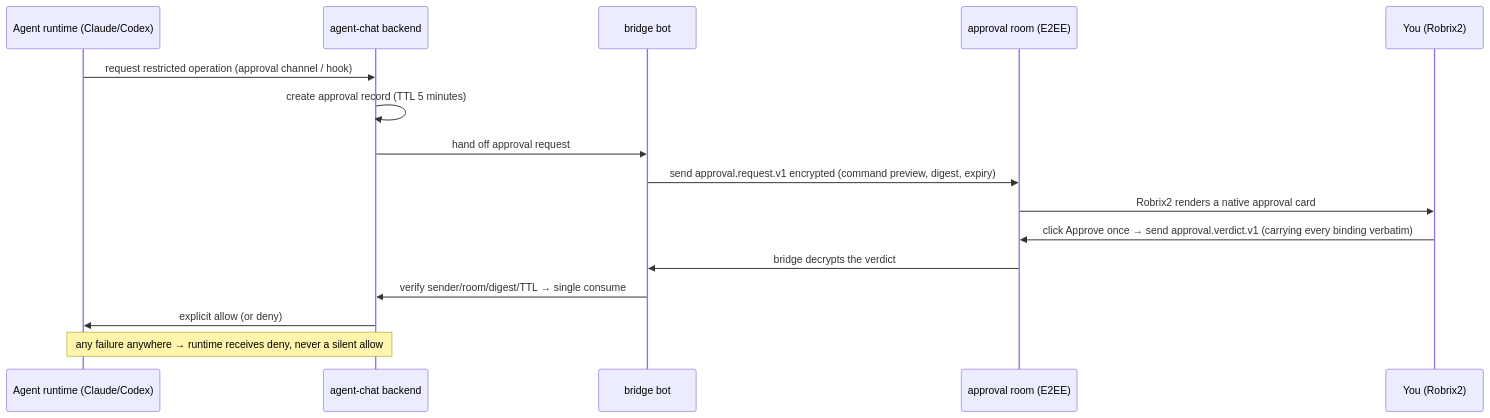
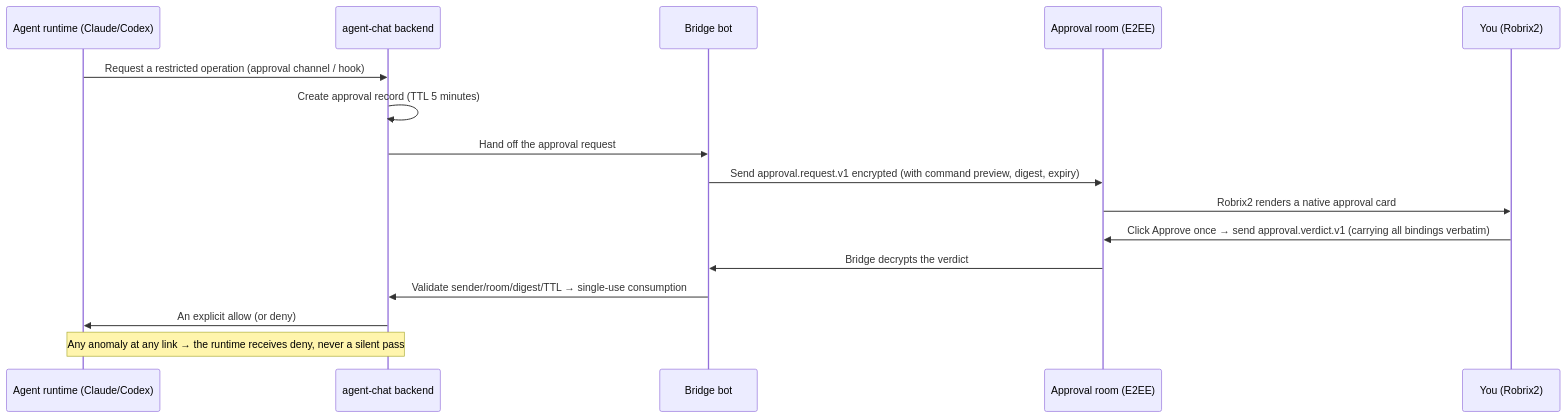
One commit to Project-Robius-China/robrix2 changed the diagram in book/en/src/part2/approvals.md. Above: the diagram before and after it, drawn with Mermaid. The commit also changed other lines of this file and 17 other files, not shown here.

````diff
--- a/book/en/src/part2/approvals.md
+++ b/book/en/src/part2/approvals.md
@@ -9,19 +9,19 @@
 ```mermaid
 sequenceDiagram
     participant RT as Agent runtime (Claude/Codex)
     participant BE as agent-chat backend
-    participant BR as bridge bot
-    participant AP as approval room (E2EE)
+    participant BR as Bridge bot
+    participant AP as Approval room (E2EE)
     participant H as You (Robrix2)
 
-    RT->>BE: request restricted operation (approval channel / hook)
-    BE->>BE: create approval record (TTL 5 minutes)
-    BE->>BR: hand off approval request
-    BR->>AP: send approval.request.v1 encrypted (command preview, digest, expiry)
+    RT->>BE: Request a restricted operation (approval channel / hook)
+    BE->>BE: Create approval record (TTL 5 minutes)
+    BE->>BR: Hand off the approval request
+    BR->>AP: Send approval.request.v1 encrypted (with command preview, digest, expiry)
     AP->>H: Robrix2 renders a native approval card
-    H->>AP: click Approve once → send approval.verdict.v1 (carrying every binding verbatim)
-    AP->>BR: bridge decrypts the verdict
-    BR->>BE: verify sender/room/digest/TTL → single consume
-    BE->>RT: explicit allow (or deny)
-    Note over BE,RT: any failure anywhere → runtime receives deny, never a silent allow
+    H->>AP: Click Approve once → send approval.verdict.v1 (carrying all bindings verbatim)
+    AP->>BR: Bridge decrypts the verdict
+    BR->>BE: Validate sender/room/digest/TTL → single-use consumption
+    BE->>RT: An explicit allow (or deny)
+    Note over BE,RT: Any anomaly at any link → the runtime receives deny, never a silent pass
 ```
````
